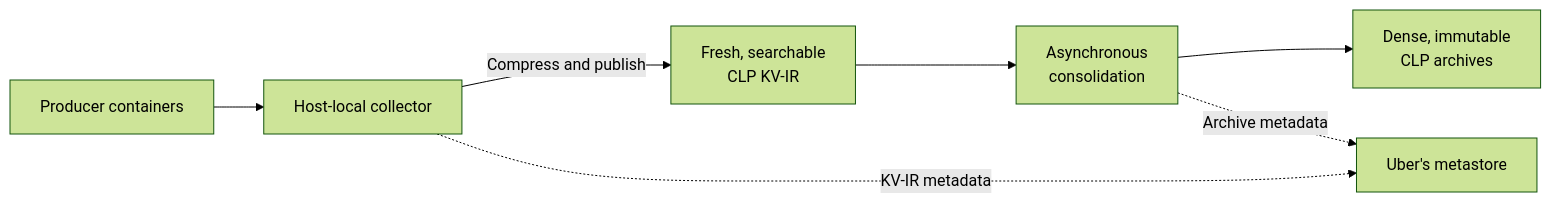
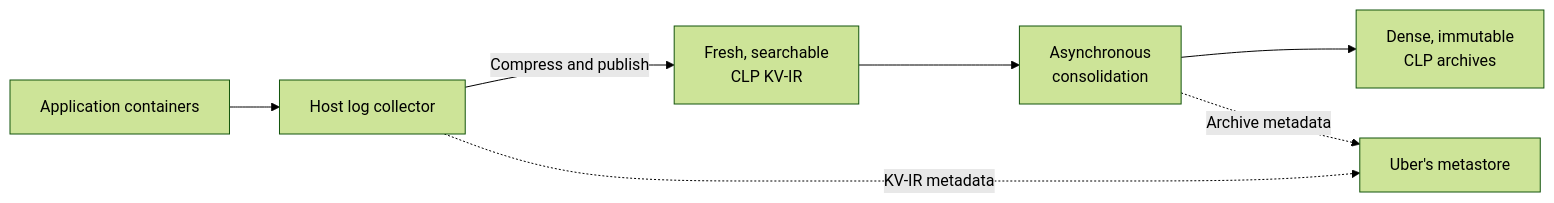
Before and after one commit to y-scope/presto-blogs-collab: the first of 2 diagrams in uber-blog/clp-part-iii-draft.md, drawn with Mermaid (forest theme). The commit also changed other lines of this file and 1 other file, not shown here.

````diff
--- a/uber-blog/clp-part-iii-draft.md
+++ b/uber-blog/clp-part-iii-draft.md
@@ -37,9 +37,9 @@
 ```mermaid
 flowchart LR
-    producers["Producer containers"] --> collector["Host-local collector"]
+    applications["Application containers"] --> collector["Host log collector"]
     collector -->|"Compress and publish"| kvir["Fresh, searchable<br/>CLP KV-IR"]
     kvir --> consolidation["Asynchronous<br/>consolidation"]
     consolidation --> archives["Dense, immutable<br/>CLP archives"]
     collector -. "KV-IR metadata" .-> metastore["Uber's metastore"]
     consolidation -. "Archive metadata" .-> metastore
 ```
````
